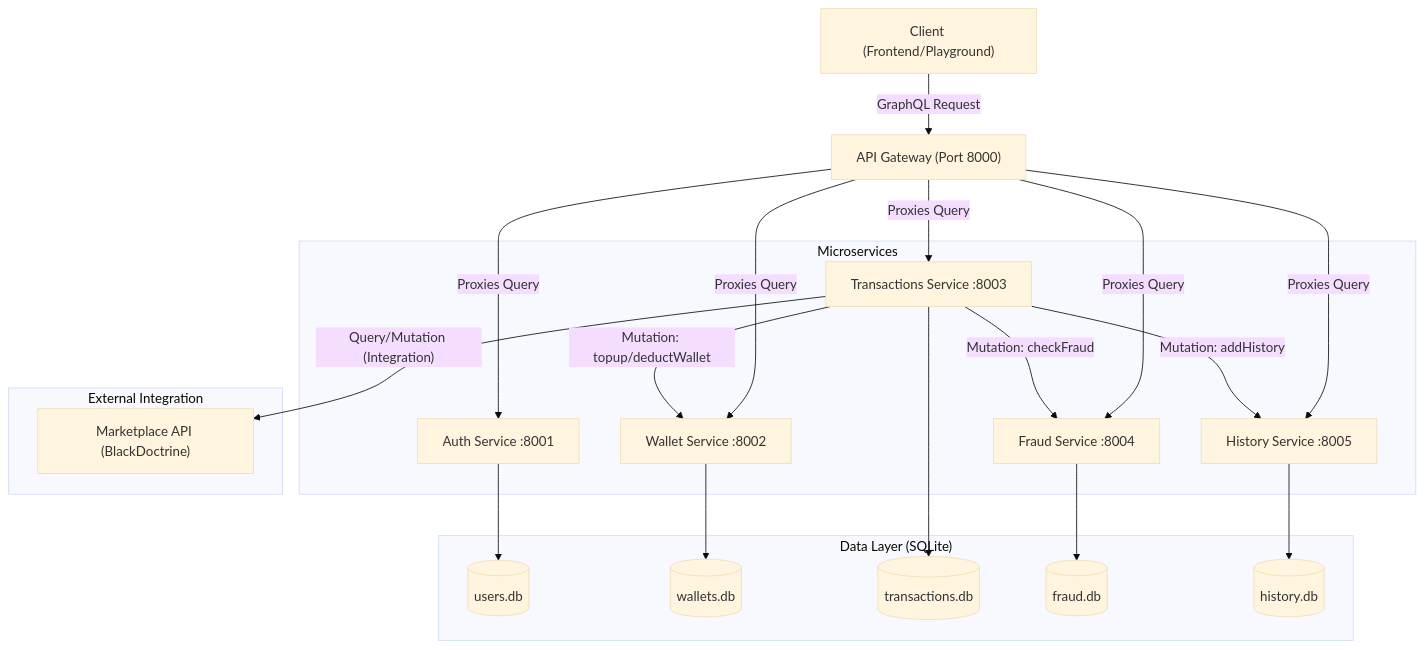
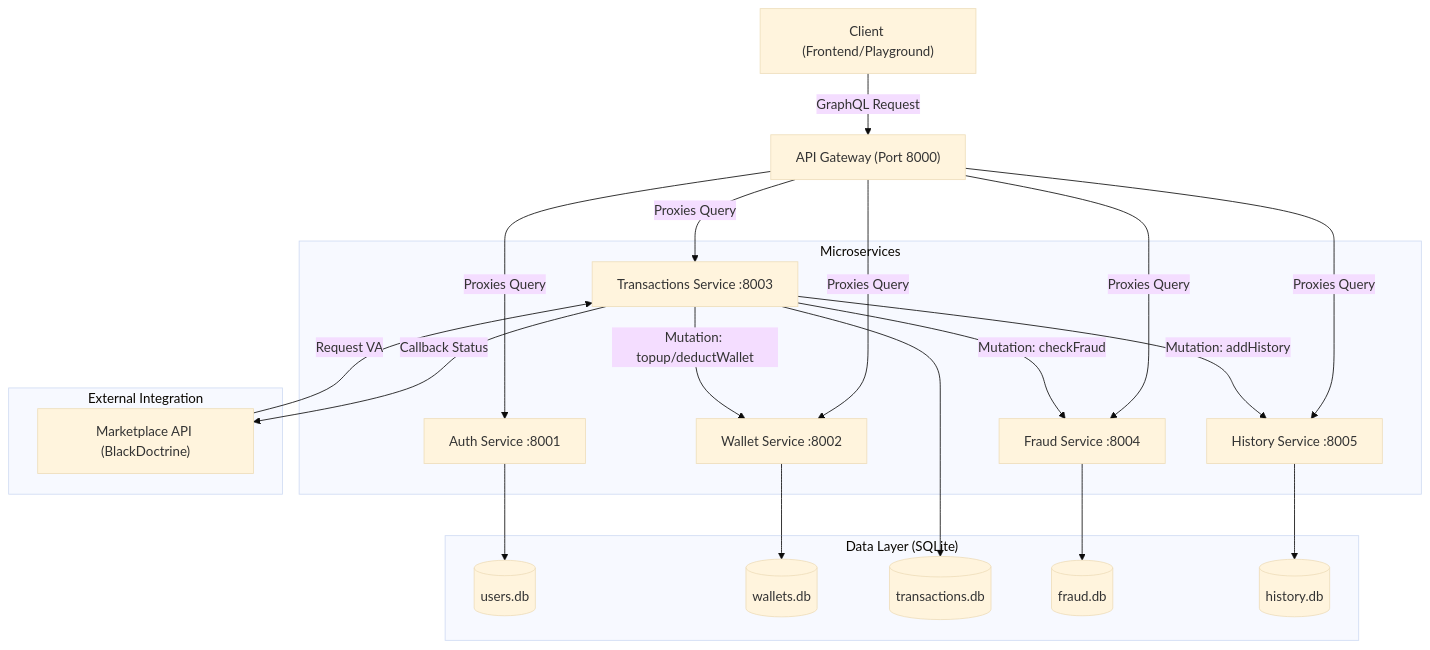
Before and after one commit to AAkmalAmran/Project-UAS-IAE_Dompet-Digital-Sawit: the first of 2 diagrams in readme.md, drawn with Mermaid (base theme). The commit also changed other lines of this file, not shown here.

````diff
--- a/readme.md
+++ b/readme.md
@@ -52,41 +39,43 @@
 ```mermaid
 flowchart TB
     Client["Client (Frontend/Playground)"] -- GraphQL Request --> Gateway["API Gateway (Port 8000)"]
     
     subgraph Services ["Microservices"]
         Auth["Auth Service :8001"]
         Wallet["Wallet Service :8002"]
         Trx["Transactions Service :8003"]
         Fraud["Fraud Service :8004"]
         History["History Service :8005"]
     end
 
     subgraph Database ["Data Layer (SQLite)"]
         DB1[("users.db")]
         DB2[("wallets.db")]
         DB3[("transactions.db")]
         DB4[("fraud.db")]
         DB5[("history.db")]
     end
 
     subgraph External ["External Integration"]
         Marketplace["Marketplace API (BlackDoctrine)"]
     end
 
     %% Flow Communication (Gateway Proxy)
     Gateway -- Proxies Query --> Auth & Wallet & Trx & Fraud & History
     
-    %% Inter-service Communication (GraphQL Calls)
+    %% Inter-service Communication
+    Marketplace -- Request VA --> Trx
+    Trx -- Callback Status --> Marketplace
+    
     Trx -- Mutation: checkFraud --> Fraud
     Trx -- Mutation: topup/deductWallet --> Wallet
     Trx -- Mutation: addHistory --> History
-    Trx -- Query/Mutation (Integration) --> Marketplace
 
     %% DB Connections
     Auth --> DB1
     Wallet --> DB2
     Trx --> DB3
     Fraud --> DB4
     History --> DB5
 
 ```
````
